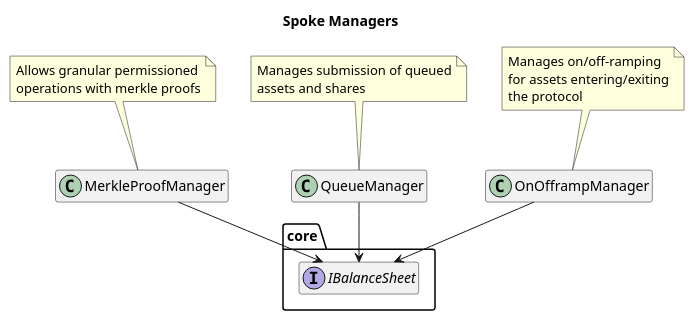
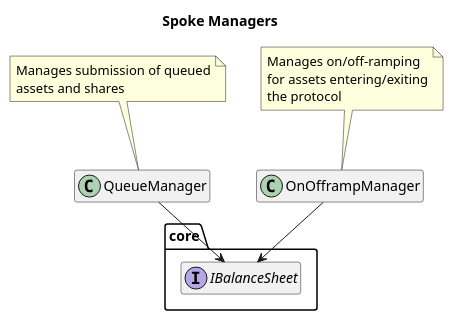
Before and after one commit to centrifuge/protocol: the diagram in docs/architecture/managers/spoke-managers.puml, drawn with PlantUML. The commit also changed 72 other files, not shown here.

```diff
--- a/docs/architecture/managers/spoke-managers.puml
+++ b/docs/architecture/managers/spoke-managers.puml
@@ -1,29 +1,23 @@
 @startuml spoke-managers
 title Spoke Managers
 hide empty members
 
 package core {
     interface IBalanceSheet
 }
 
 OnOfframpManager --> IBalanceSheet
-MerkleProofManager --> IBalanceSheet
 QueueManager --> IBalanceSheet
 
 note top of OnOfframpManager
   Manages on/off-ramping
   for assets entering/exiting
   the protocol
 end note
 
-note top of MerkleProofManager
-  Allows granular permissioned
-  operations with merkle proofs
-end note
-
 note top of QueueManager
   Manages submission of queued
   assets and shares
 end note
 
 @enduml
```
